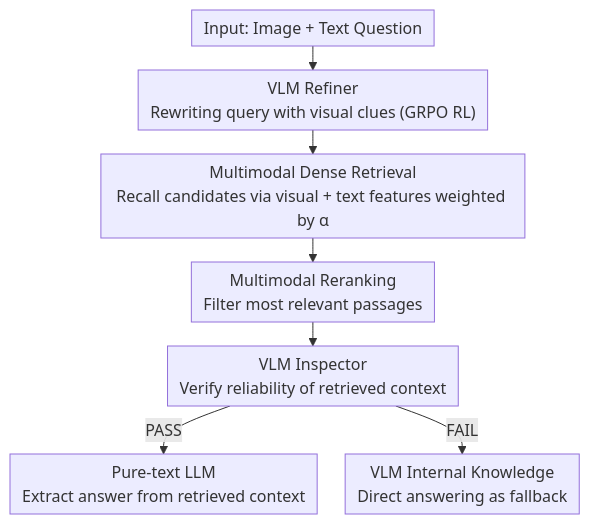
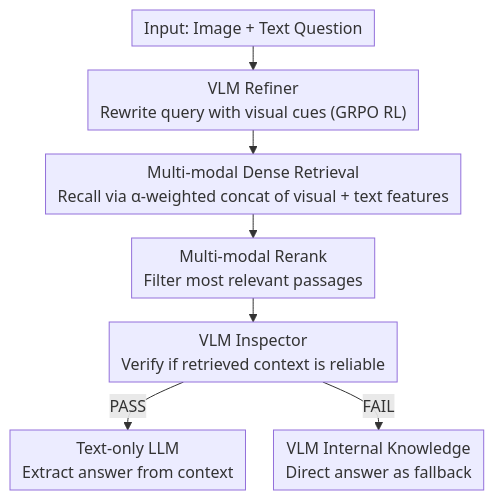
The diagram in docs/ACL2026/multimodal_vlm/wikiseeker_rethinking_the_role_of_vision-language_models_in_knowledge-based_visu.md (zhaoyang97/Paper-Notes-en), drawn with Mermaid before and after one commit. The commit also changed other lines of this file and 5084 other files, not shown here.

````diff
--- a/docs/ACL2026/multimodal_vlm/wikiseeker_rethinking_the_role_of_vision-language_models_in_knowledge-based_visu.md
+++ b/docs/ACL2026/multimodal_vlm/wikiseeker_rethinking_the_role_of_vision-language_models_in_knowledge-based_visu.md
@@ -45,10 +45,10 @@
 ```mermaid
 %%{init: {'flowchart': {'rankSpacing': 24, 'nodeSpacing': 28, 'padding': 6, 'wrappingWidth': 400}}}%%
 flowchart TD
-    A["Input: Image + Text Question"] --> B["VLM Refiner<br/>Rewriting query with visual clues (GRPO RL)"]
-    B --> C["Multimodal Dense Retrieval<br/>Recall candidates via visual + text features weighted by α"]
-    C --> D["Multimodal Reranking<br/>Filter most relevant passages"]
-    D --> E["VLM Inspector<br/>Verify reliability of retrieved context"]
-    E -->|PASS| F["Pure-text LLM<br/>Extract answer from retrieved context"]
-    E -->|FAIL| G["VLM Internal Knowledge<br/>Direct answering as fallback"]
+    A["Input: Image + Text Question"] --> B["VLM Refiner<br/>Rewrite query with visual cues (GRPO RL)"]
+    B --> C["Multi-modal Dense Retrieval<br/>Recall via α-weighted concat of visual + text features"]
+    C --> D["Multi-modal Rerank<br/>Filter most relevant passages"]
+    D --> E["VLM Inspector<br/>Verify if retrieved context is reliable"]
+    E -->|PASS| F["Text-only LLM<br/>Extract answer from context"]
+    E -->|FAIL| G["VLM Internal Knowledge<br/>Direct answer as fallback"]
 ```
````
